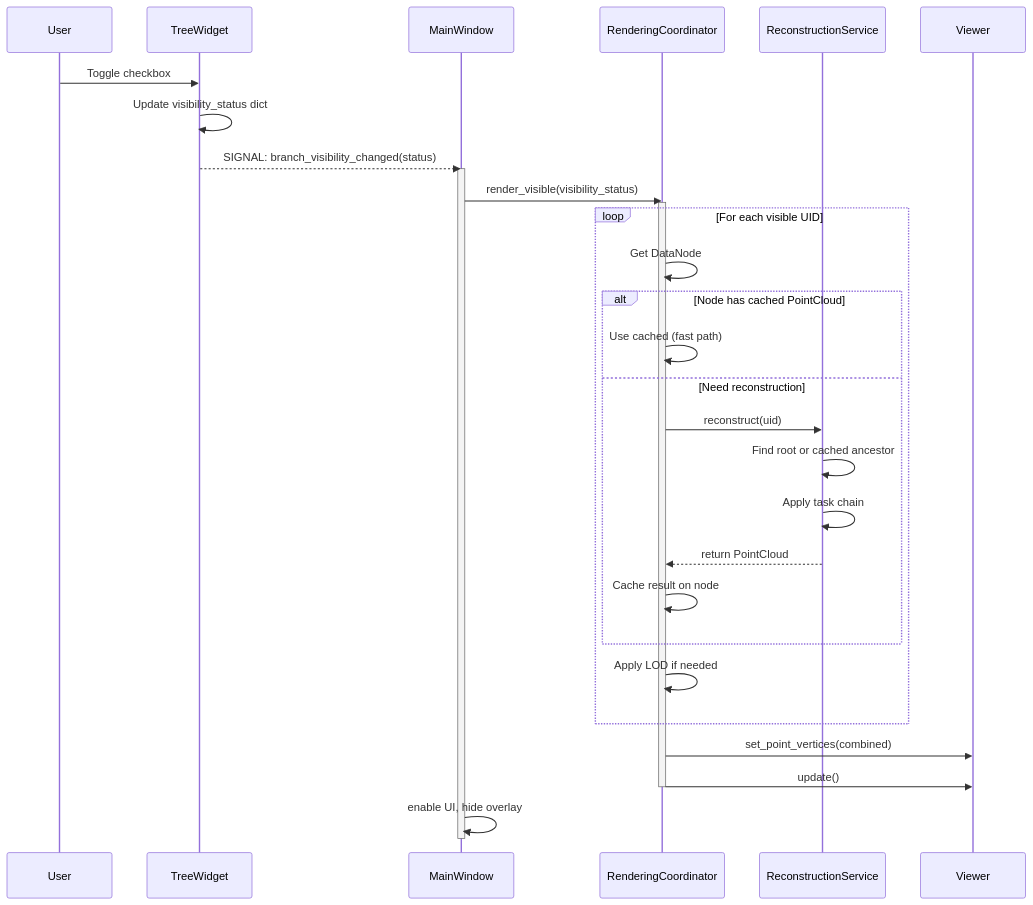
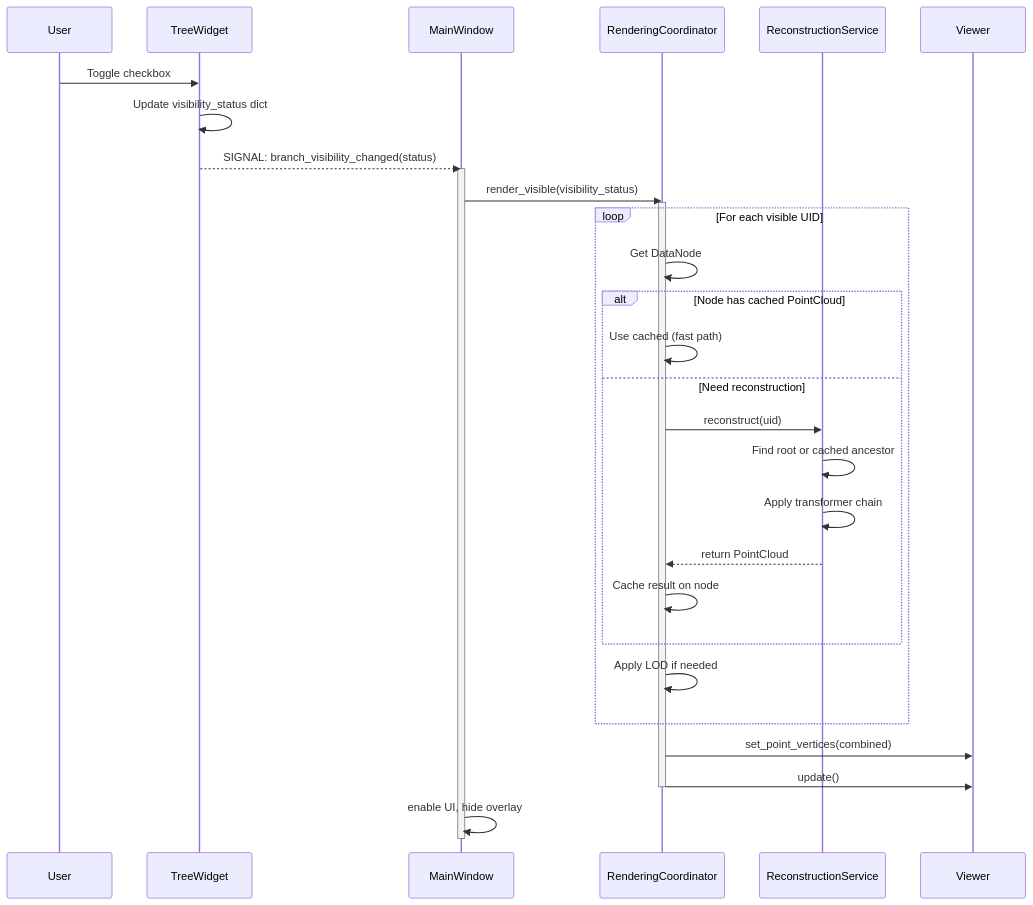
One commit to Sepehr-Sobhani-AU/SPCToolkit changed the fifth of 8 diagrams in ARCHITECTURE.md. Above: the diagram before and after it, drawn with Mermaid. The commit also changed other lines of this file, not shown here.

First line of the commit message:
Fix 17 inaccuracies in ARCHITECTURE.md to match actual codebase

````diff
--- a/ARCHITECTURE.md
+++ b/ARCHITECTURE.md
@@ -286,38 +302,38 @@
 ```mermaid
 sequenceDiagram
     participant User
     participant TW as TreeWidget
     participant MW as MainWindow
     participant RC as RenderingCoordinator
     participant RS as ReconstructionService
     participant PV as Viewer
 
     User->>TW: Toggle checkbox
     TW->>TW: Update visibility_status dict
 
     TW-->>MW: SIGNAL: branch_visibility_changed(status)
 
     activate MW
     MW->>RC: render_visible(visibility_status)
 
     activate RC
     loop For each visible UID
         RC->>RC: Get DataNode
         alt Node has cached PointCloud
             RC->>RC: Use cached (fast path)
         else Need reconstruction
             RC->>RS: reconstruct(uid)
             RS->>RS: Find root or cached ancestor
-            RS->>RS: Apply task chain
+            RS->>RS: Apply transformer chain
             RS-->>RC: return PointCloud
             RC->>RC: Cache result on node
         end
         RC->>RC: Apply LOD if needed
     end
 
     RC->>PV: set_point_vertices(combined)
     RC->>PV: update()
     deactivate RC
     MW->>MW: enable UI, hide overlay
     deactivate MW
 ```
````
